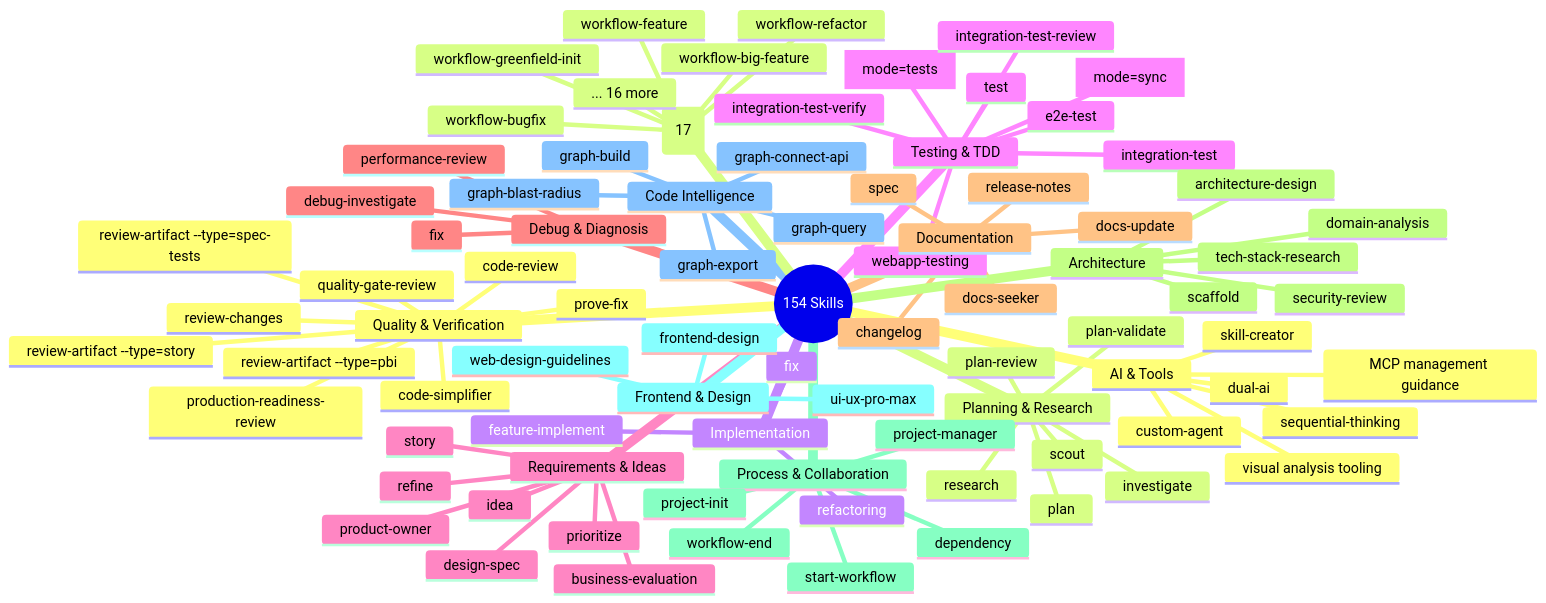
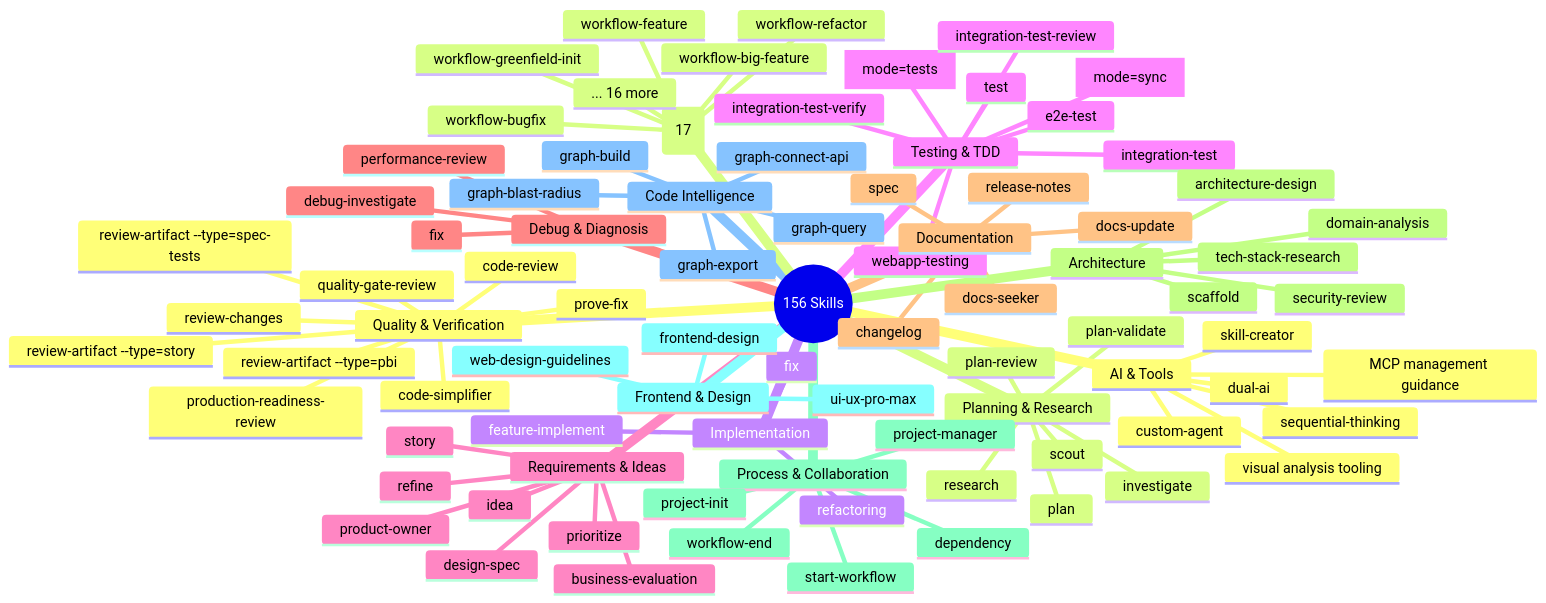
One commit to duc01226/easy-claude changed the fifth of 20 diagrams in .claude/docs/claude-ai-agent-framework-guide.md. Above: the diagram before and after it, drawn with Mermaid. The commit also changed other lines of this file and 93 other files, not shown here.

````diff
--- a/.claude/docs/claude-ai-agent-framework-guide.md
+++ b/.claude/docs/claude-ai-agent-framework-guide.md
@@ -459,6 +459,6 @@
 ```mermaid
 mindmap
-  root((154 Skills))
+  root((156 Skills))
     Quality & Verification
       code-review
       prove-fix
````
